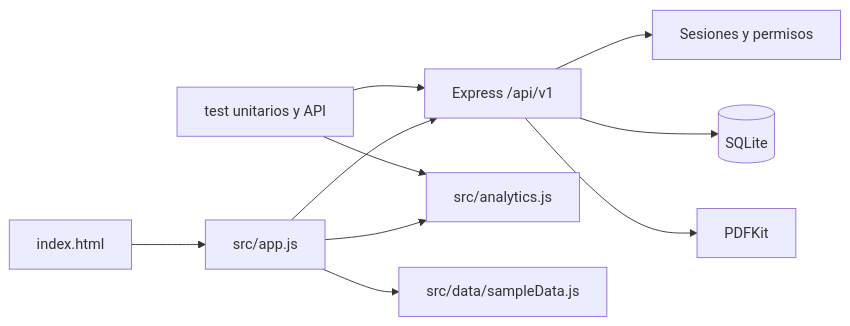
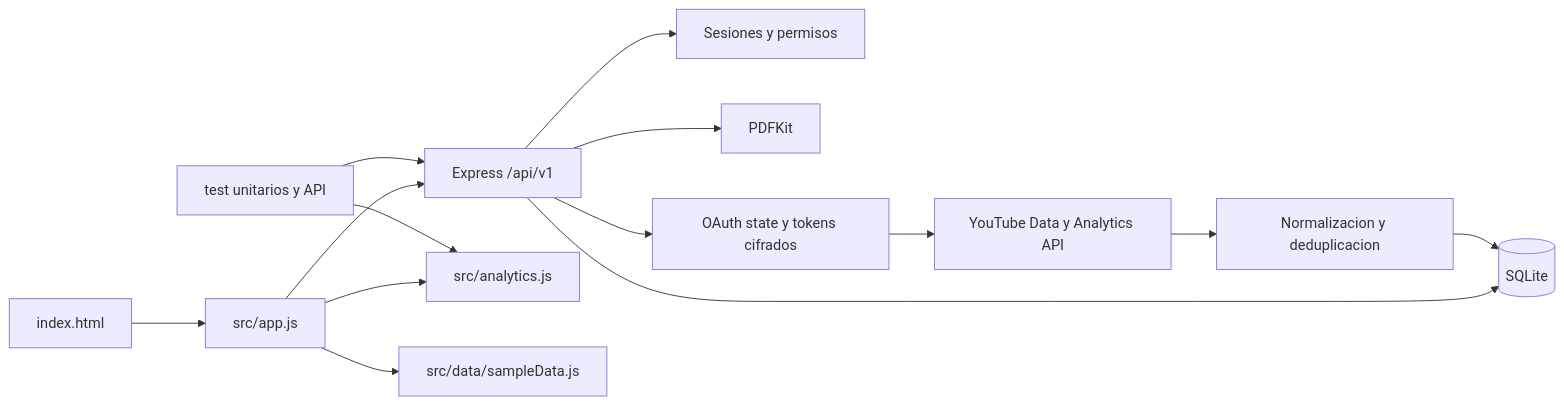
One commit to TheKnight2122/social-audit-pro changed the second of 2 diagrams in docs/07-arquitectura.md. Above: the diagram before and after it, drawn with Mermaid. The commit also changed other lines of this file and 25 other files, not shown here.

Commit message:
feat: integrar OAuth oficial de YouTube

````diff
--- a/docs/07-arquitectura.md
+++ b/docs/07-arquitectura.md
@@ -53,12 +53,16 @@
 ```mermaid
 flowchart LR
     HTML[index.html] --> ROUTER[src/app.js]
     ROUTER --> API[Express /api/v1]
     API --> AUTH[Sesiones y permisos]
     API --> DB[(SQLite)]
     API --> PDF[PDFKit]
+    API --> OAUTH[OAuth state y tokens cifrados]
+    OAUTH --> GOOGLE[YouTube Data y Analytics API]
+    GOOGLE --> NORMALIZE[Normalizacion y deduplicacion]
+    NORMALIZE --> DB
     ROUTER --> ANALYTICS[src/analytics.js]
     ROUTER --> DEMO[src/data/sampleData.js]
     TEST[test unitarios y API] --> API
     TEST --> ANALYTICS
 ```
````
